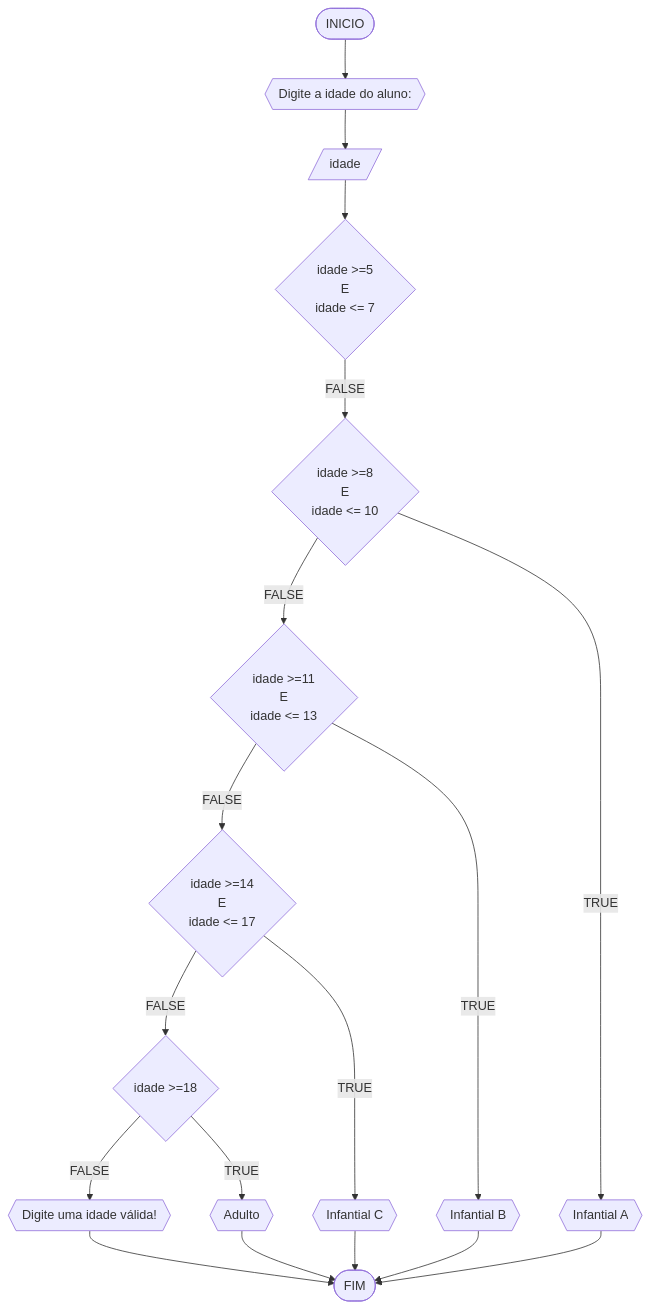
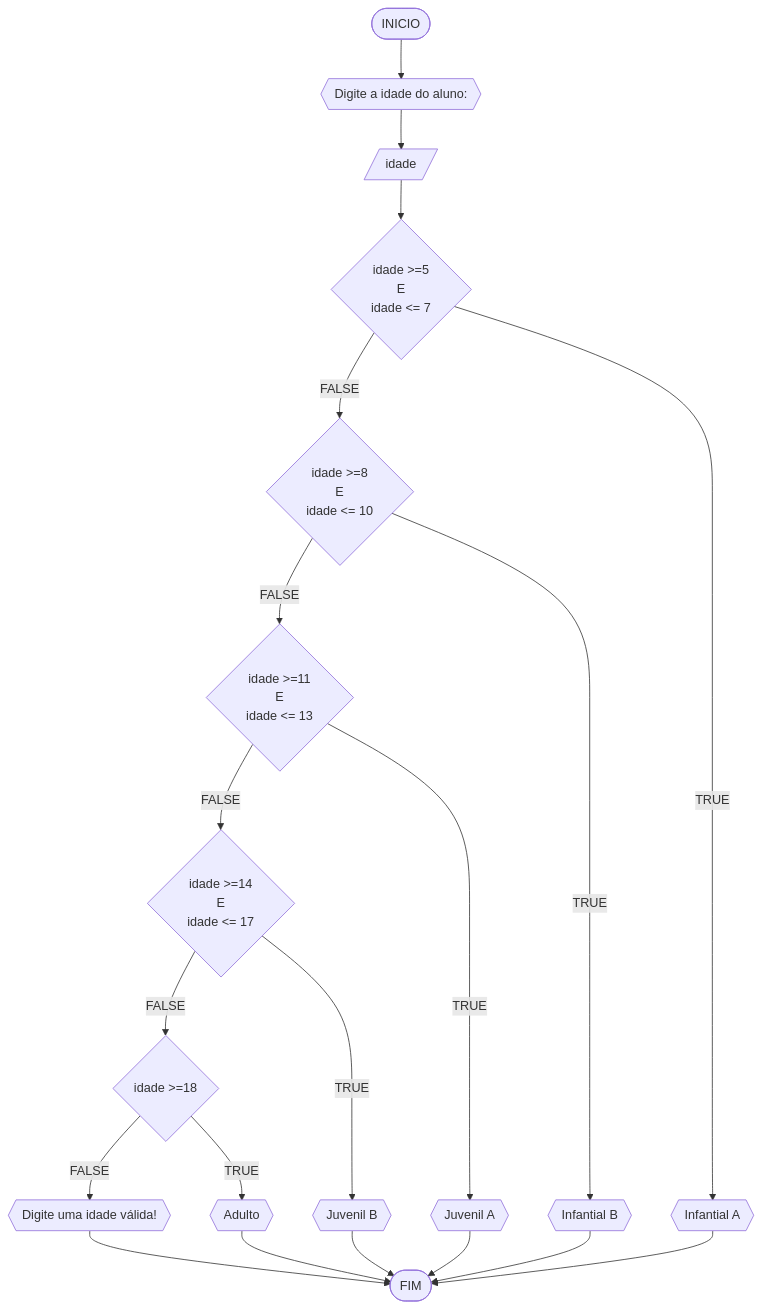
One commit to carubbi/unifor changed the fifth of 5 diagrams in RLA/unidade1/lista2.md. Above: the diagram before and after it, drawn with Mermaid. The commit also changed other lines of this file, not shown here.

````diff
--- a/RLA/unidade1/lista2.md
+++ b/RLA/unidade1/lista2.md
@@ -219,20 +310,22 @@
 ```mermaid
 flowchart TD
 A([INICIO]) --> B{{"Digite a idade do aluno:"}}
 B --> C[/idade/]
 C --> D{idade >=5 <br>E <br>idade <= 7}
 D --FALSE--> F{idade >=8 <br>E <br>idade <= 10}
 F --FALSE--> G{idade >=11 <br>E <br>idade <= 13}
 G --FALSE--> H{idade >=14 <br>E <br>idade <= 17}
 H --FALSE--> I{idade >=18}
 I --FALSE--> P{{"Digite uma idade válida!"}}
 P --> Z([FIM])
-F --TRUE--> K{{"Infantial A"}}
-G --TRUE--> L{{Infantial B}}
-H --TRUE--> M{{Infantial C}}
+D --TRUE--> Q{{Infantial A}}
+F --TRUE--> K{{"Infantial B"}}
+G --TRUE--> L{{Juvenil A}}
+H --TRUE--> M{{Juvenil B}}
 I --TRUE--> N{{Adulto}}
+Q --> Z
 K --> Z
 L --> Z
 M --> Z
 N --> Z
 ```
````
